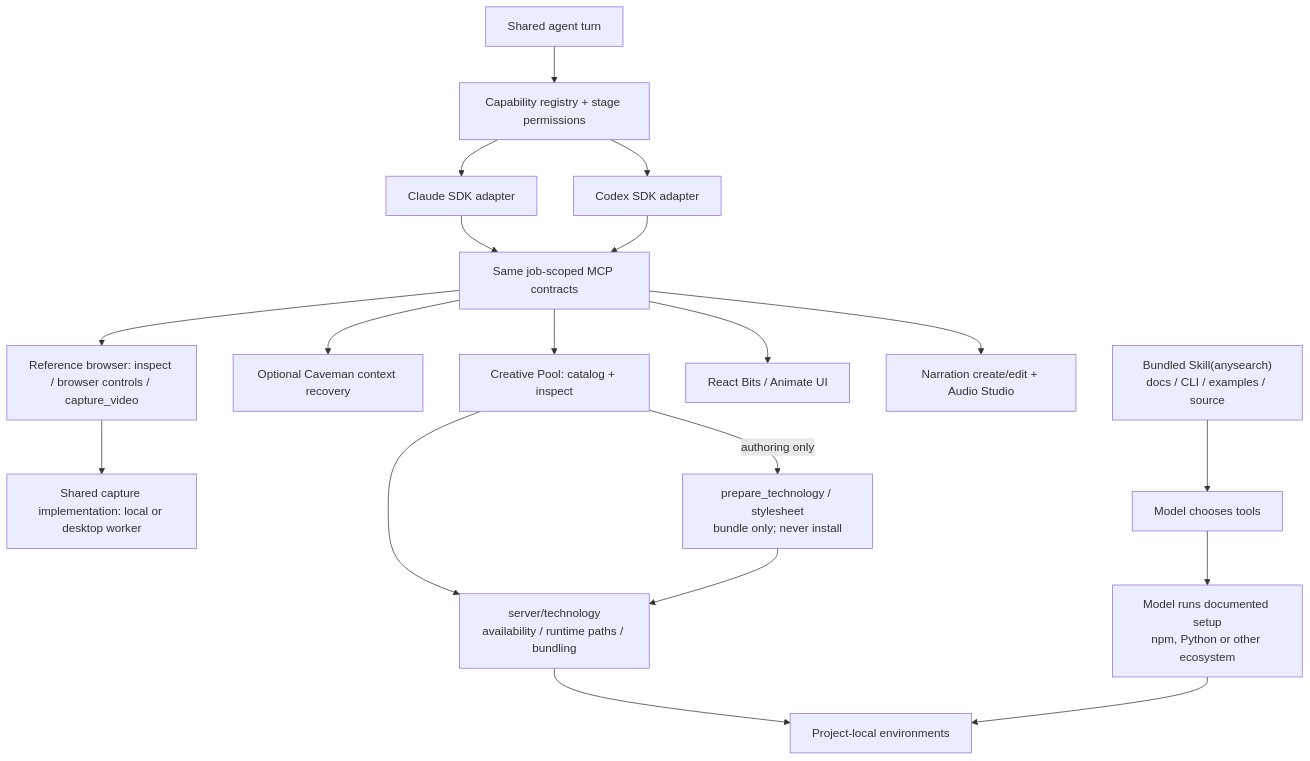
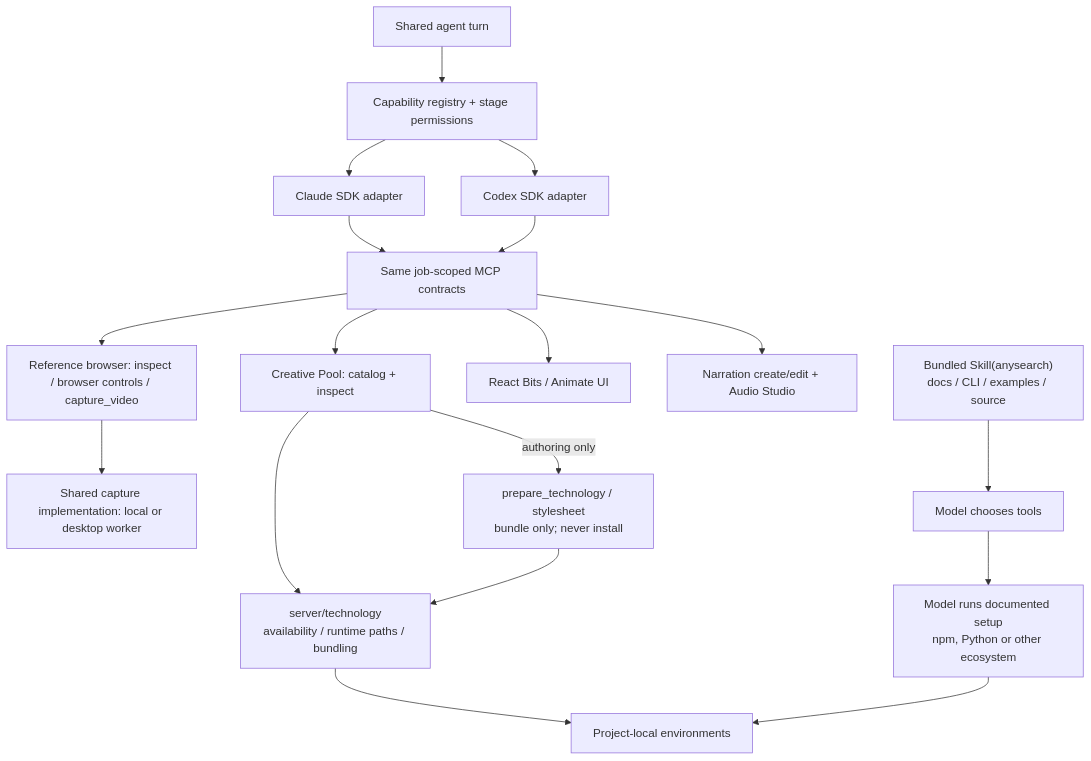
One commit to delexw/motion-graphics-agent changed the diagram in src/server/agents/capabilities/README.md. Above: the diagram before and after it, drawn with Mermaid. The commit also changed other lines of this file and 66 other files, not shown here.

````diff
--- a/src/server/agents/capabilities/README.md
+++ b/src/server/agents/capabilities/README.md
@@ -73,21 +71,20 @@
 ```mermaid
 flowchart TB
   Turn["Shared agent turn"] --> Registry["Capability registry + stage permissions"]
   Registry --> Claude["Claude SDK adapter"]
   Registry --> Codex["Codex SDK adapter"]
   Claude --> MCP["Same job-scoped MCP contracts"]
   Codex --> MCP
   MCP --> Browser["Reference browser: inspect / browser controls / capture_video"]
   Browser --> Capture["Shared capture implementation: local or desktop worker"]
-  MCP --> Recovery["Optional Caveman context recovery"]
   MCP --> Pool["Creative Pool: catalog + inspect"]
   MCP --> Components["React Bits / Animate UI"]
   MCP --> Narration["Narration create/edit + Audio Studio"]
   Pool --> Services["server/technology<br/>availability / runtime paths / bundling"]
   Services --> Runtime["Project-local environments"]
   Model["Model chooses tools"] --> Setup["Model runs documented setup<br/>npm, Python or other ecosystem"]
   Setup --> Runtime
   Pool -- "authoring only" --> Prepare["prepare_technology / stylesheet<br/>bundle only; never install"]
   Prepare --> Services
   Research["Bundled Skill(anysearch)<br/>docs / CLI / examples / source"] --> Model
 ```
````
